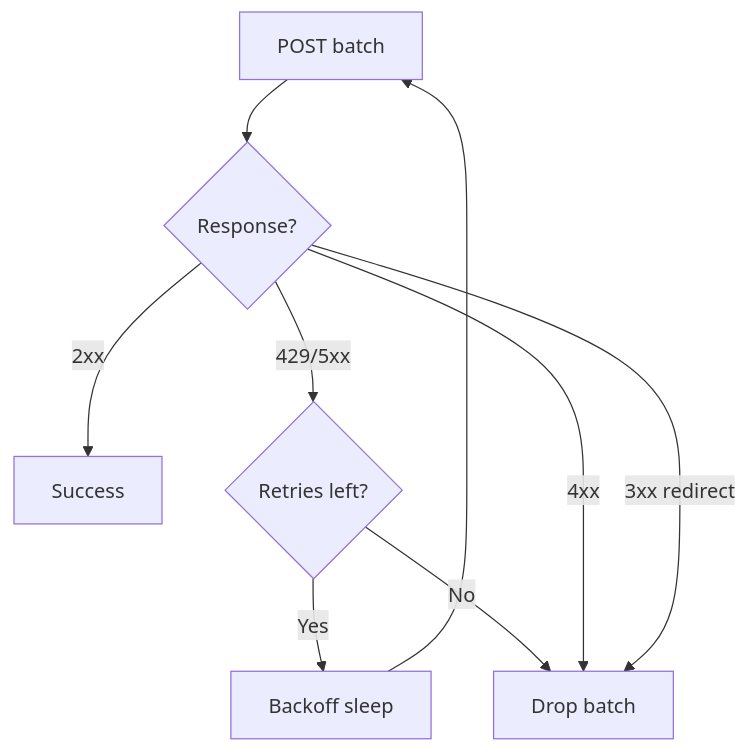
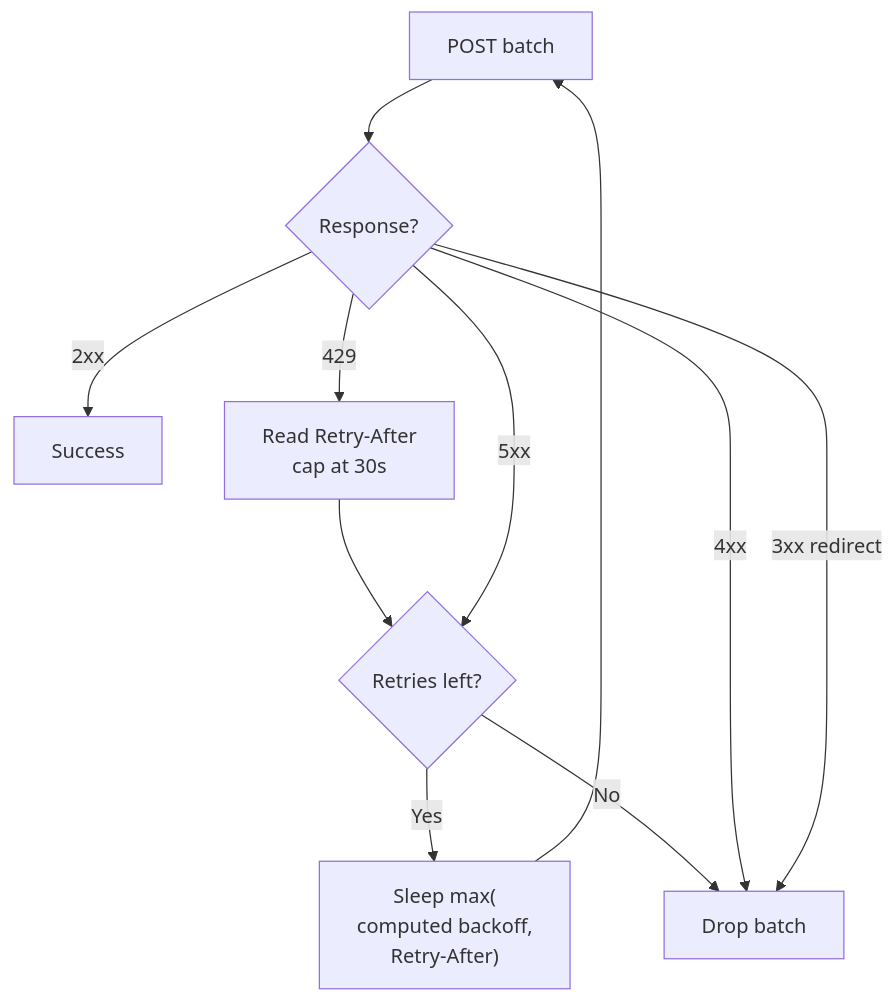
Before and after one commit to axonops/go-audit: the second of 2 diagrams in docs/webhook-output.md, drawn with Mermaid. The commit also changed other lines of this file and 5 other files, not shown here.

````diff
--- a/docs/webhook-output.md
+++ b/docs/webhook-output.md
@@ -354,11 +378,13 @@
 ```mermaid
 flowchart TD
     A[POST batch] --> B{Response?}
     B -->|2xx| C[Success]
-    B -->|429/5xx| D{Retries left?}
-    D -->|Yes| E[Backoff sleep]
+    B -->|429| G[Read Retry-After<br/>cap at 30s]
+    G --> D{Retries left?}
+    B -->|5xx| D
+    D -->|Yes| E["Sleep max(<br/>computed backoff,<br/>Retry-After)"]
     E --> A
     D -->|No| F[Drop batch]
     B -->|4xx| F
     B -->|3xx redirect| F
 ```
````
